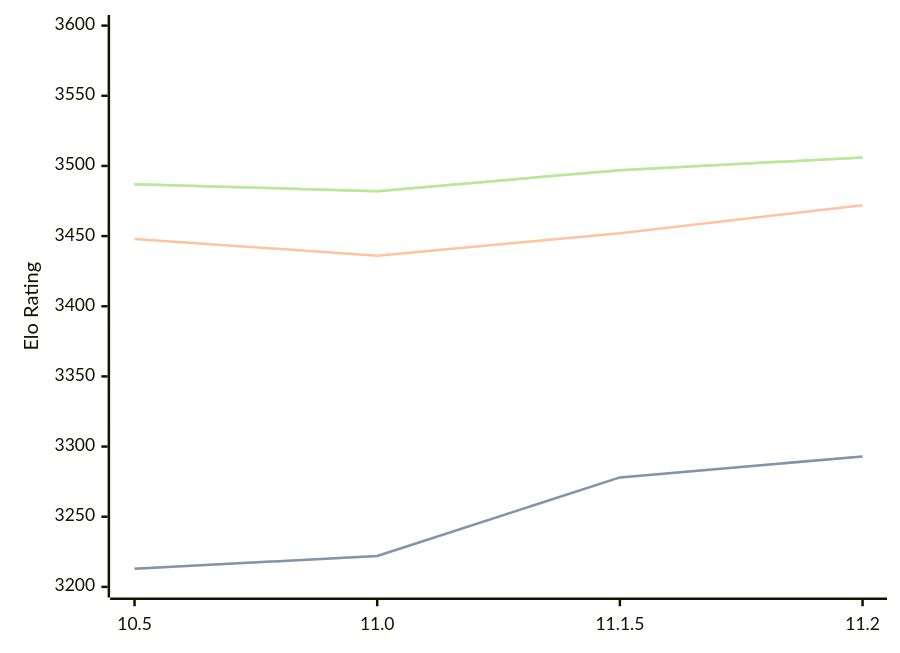
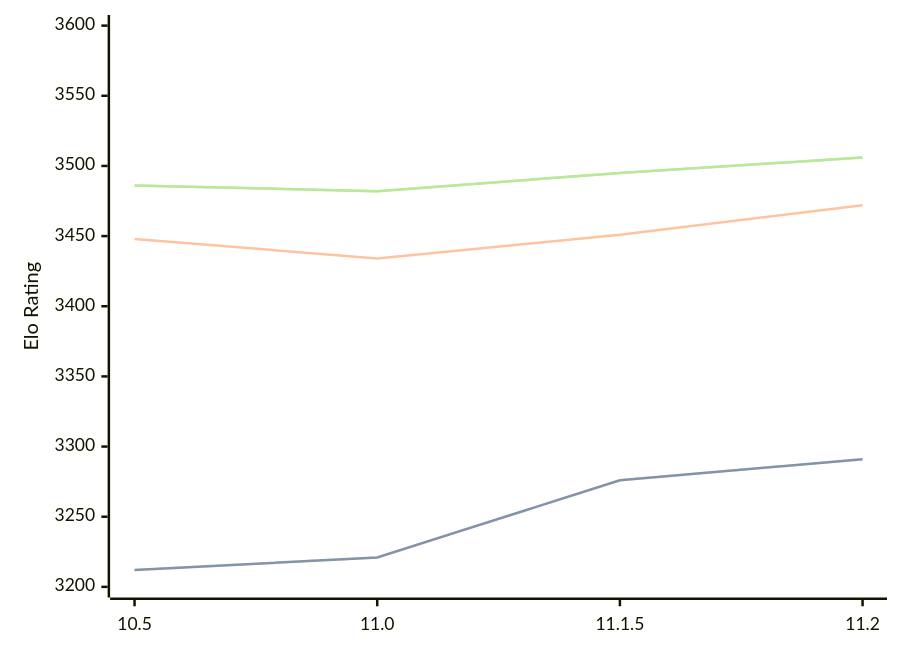
The third of 3 diagrams in engines/Lizard.md (computer-chess-index/cci), drawn with Mermaid before and after one commit. The commit also changed other lines of this file, not shown here.

Commit message:
Update CCI Ratings (ELO VLTC) - 2026-07-15

````diff
--- a/engines/Lizard.md
+++ b/engines/Lizard.md
@@ -79,11 +79,11 @@
 ```mermaid
 %%{init: {"theme":"base","themeVariables":{"seriesColors:['#a3a3a3','#222221','#faa371']}}}%%
 xychart-beta
   x-axis ["10.5", "11.0", "11.1.5", "11.2"]
   y-axis "Elo Rating" 3200 --> 3600
-  line "STC (8.0+0.08s)" [3213, 3222, 3278, 3293]
-  line "STC (8.0+0.08s)" [3213, 3222, 3278, 3293]
-  line "LTC (60.0+0.60s)" [3448, 3436, 3452, 3472]
-  line "VLTC (2m24s+1.12s)" [3487, 3482, 3497, 3506]
-  line "VLTC (2m24s+1.12s)" [3487, 3482, 3497, 3506]
+  line "STC (8.0+0.08s)" [3212, 3221, 3276, 3291]
+  line "STC (8.0+0.08s)" [3212, 3221, 3276, 3291]
+  line "LTC (60.0+0.60s)" [3448, 3434, 3451, 3472]
+  line "VLTC (2m24s+1.12s)" [3486, 3482, 3495, 3506]
+  line "VLTC (2m24s+1.12s)" [3486, 3482, 3495, 3506]
 ```
````
